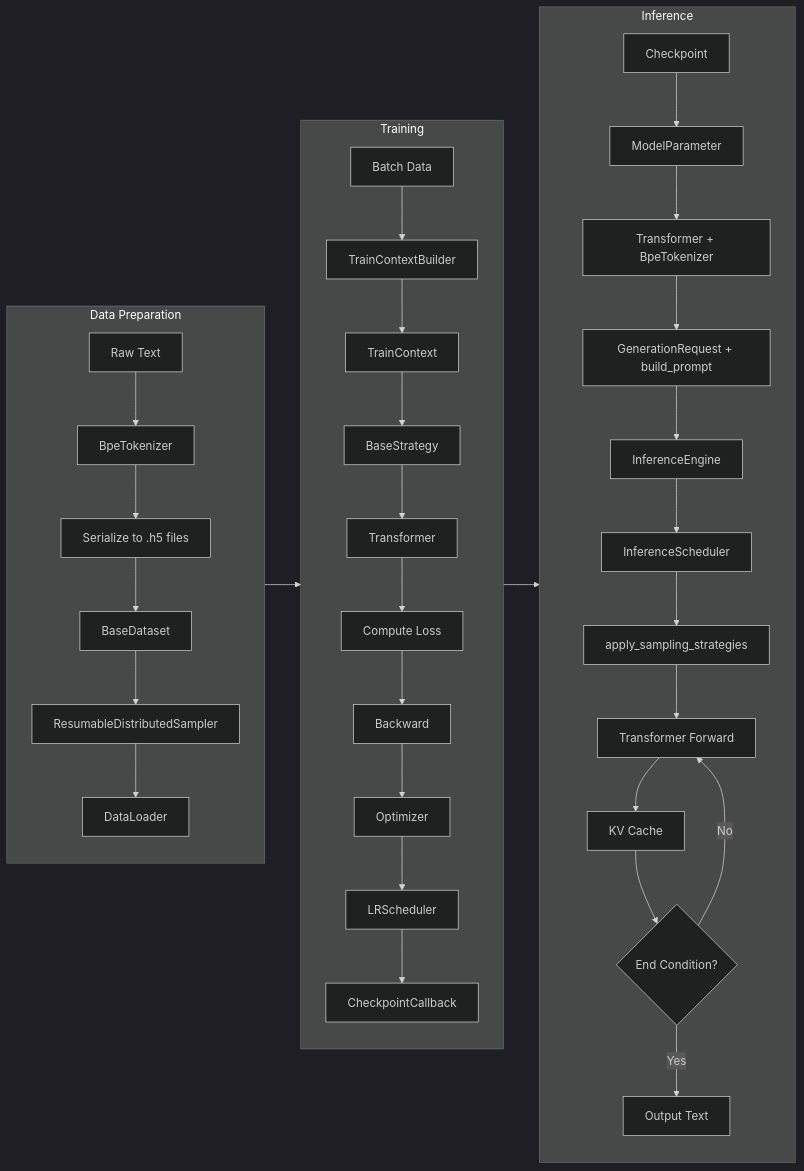
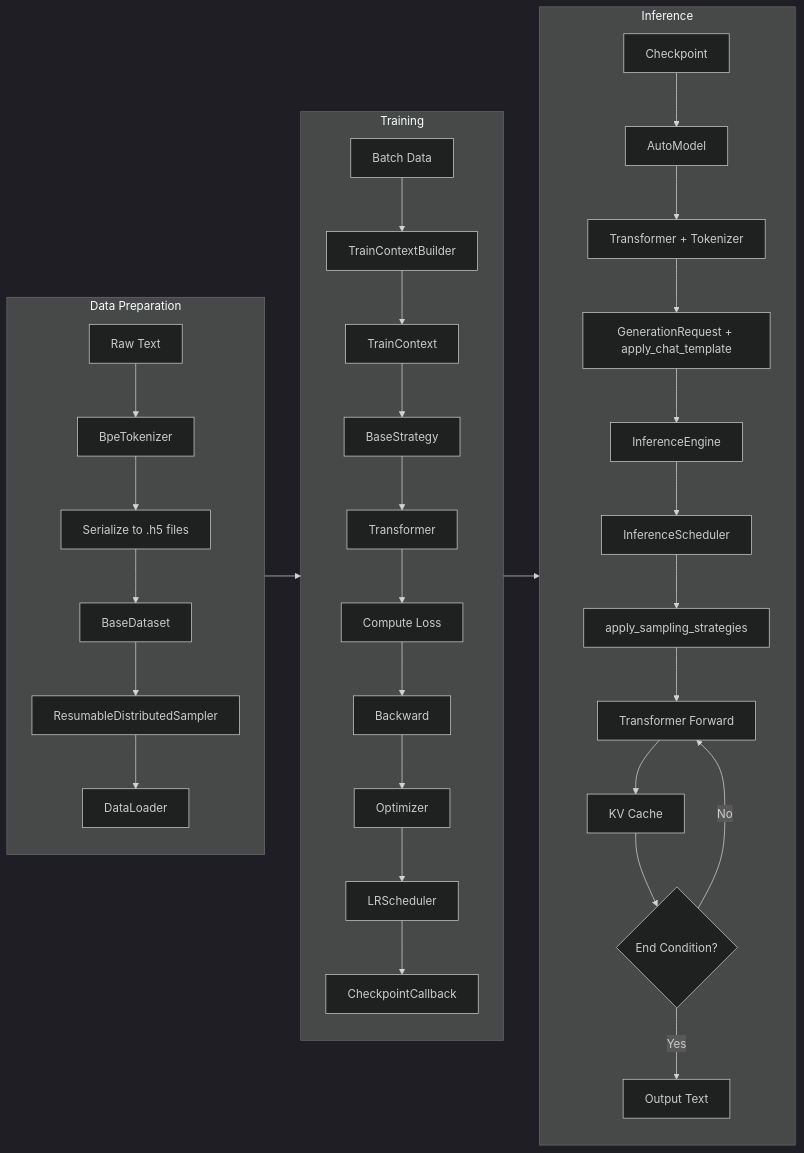
Before and after one commit to ViperEkura/KHAOSZ: the diagram in assets/docs/dataflow.md, drawn with Mermaid (dark theme). The commit also changed other lines of this file and 8 other files, not shown here.

````diff
--- a/assets/docs/dataflow.md
+++ b/assets/docs/dataflow.md
@@ -19,42 +20,42 @@
 ```mermaid
 flowchart LR
     subgraph A[Data Preparation]
         direction TB
         A1[Raw Text] --> A2[BpeTokenizer]
         A2 --> A3[Serialize to .h5 files]
         A3 --> A4[BaseDataset]
         A4 --> A5[ResumableDistributedSampler]
         A5 --> A6[DataLoader]
     end
 
     subgraph B[Training]
         direction TB
         B1[Batch Data] --> B2[TrainContextBuilder]
         B2 --> B3[TrainContext]
         B3 --> B4[BaseStrategy]
         B4 --> B5[Transformer]
         B5 --> B6[Compute Loss]
         B6 --> B7[Backward]
         B7 --> B8[Optimizer]
         B8 --> B9[LRScheduler]
         B9 --> B10[CheckpointCallback]
     end
 
     subgraph C[Inference]
         direction TB
-        C1[Checkpoint] --> C2[ModelParameter]
-        C2 --> C3[Transformer + BpeTokenizer]
-        C3 --> C4[GenerationRequest + build_prompt]
+        C1[Checkpoint] --> C2[AutoModel]
+        C2 --> C3[Transformer + Tokenizer]
+        C3 --> C4[GenerationRequest + apply_chat_template]
         C4 --> C5[InferenceEngine]
         C5 --> C6[InferenceScheduler]
         C6 --> C7[apply_sampling_strategies]
         C7 --> C8[Transformer Forward]
         C8 --> C9[KV Cache]
         C9 --> C10{End Condition?}
         C10 -->|No| C8
         C10 -->|Yes| C11[Output Text]
     end
 
     A --> B
     B --> C
 ```
````
